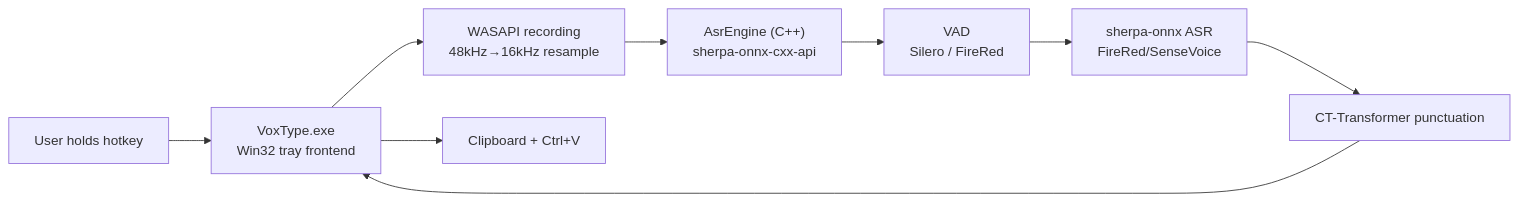
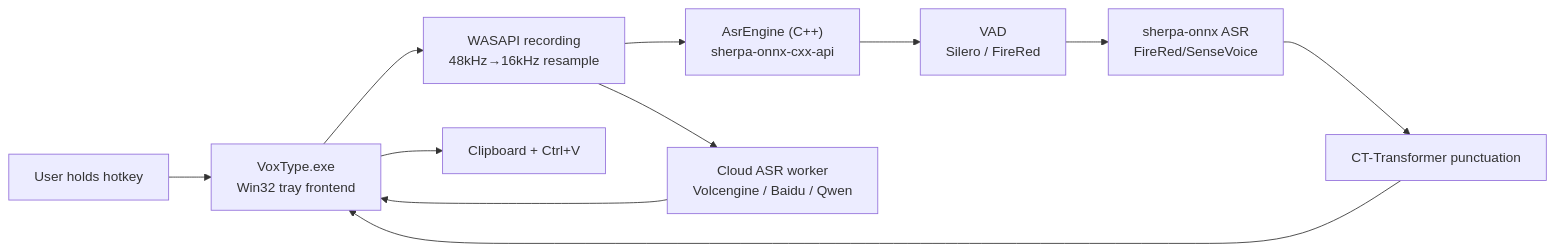
Before and after one commit to melody0709/Voice_LLM_ASR_Input: the first of 2 diagrams in ARCHITECTURE.md, drawn with Mermaid. The commit also changed other lines of this file and 62 other files, not shown here.

````diff
--- a/ARCHITECTURE.md
+++ b/ARCHITECTURE.md
@@ -9,11 +9,13 @@
 ```mermaid
 flowchart LR
     User["User holds hotkey"] --> Frontend["VoxType.exe<br/>Win32 tray frontend"]
     Frontend --> Recorder["WASAPI recording<br/>48kHz→16kHz resample"]
     Recorder --> Engine["AsrEngine (C++)<br/>sherpa-onnx-cxx-api"]
+    Recorder --> Cloud["Cloud ASR worker<br/>Volcengine / Baidu / Qwen"]
     Engine --> VAD["VAD<br/>Silero / FireRed"]
     VAD --> ASR["sherpa-onnx ASR<br/>FireRed/SenseVoice"]
     ASR --> Punct["CT-Transformer punctuation"]
     Punct --> Frontend
+    Cloud --> Frontend
     Frontend --> Inject["Clipboard + Ctrl+V"]
 ```
````
